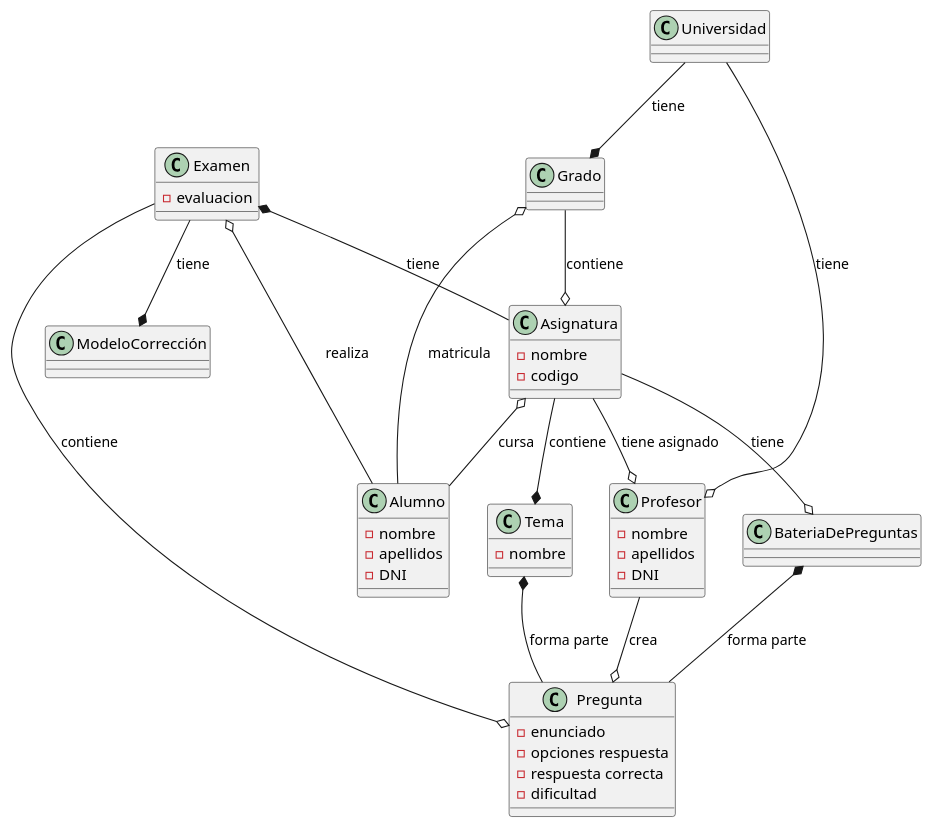
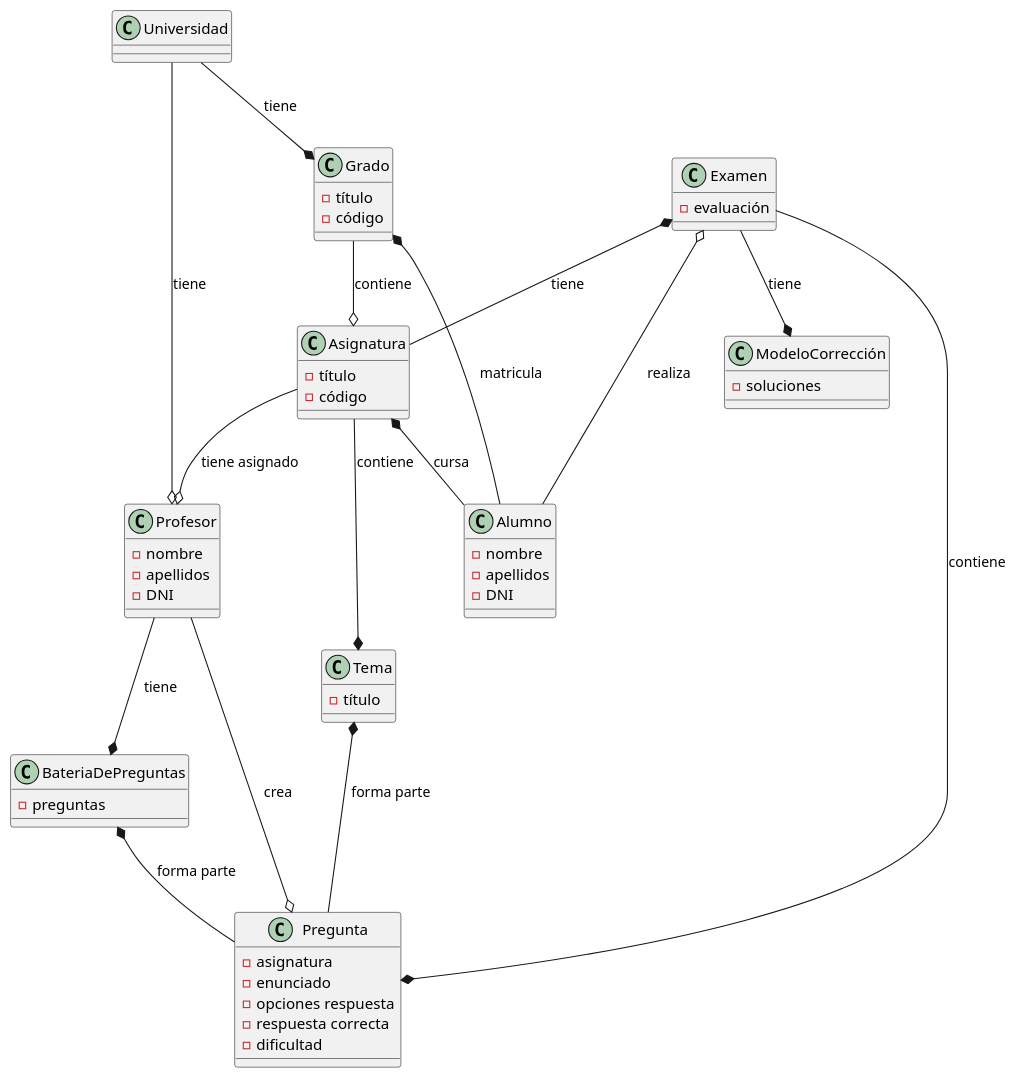
One commit to martinlopez7/25-26-IdSw1-SdR changed the diagram in documents/modelos/diagramas/diagramaEntidad/diagramaEntidad.puml. Above: the diagram before and after it, drawn with PlantUML. The commit also changed 2 other files, not shown here.

Commit message:
fix(mdd): corrige algunas relaciones, actualiza el markdown explicativo y actualiza la imagen del diagrama [refs #16]

```diff
--- a/documents/modelos/diagramas/diagramaEntidad/diagramaEntidad.puml
+++ b/documents/modelos/diagramas/diagramaEntidad/diagramaEntidad.puml
@@ -1,49 +1,57 @@
 @startuml
 
 class Examen{
- - evaluacion
+ - evaluación
 }
 class Asignatura{
- - nombre
- - codigo
+ - título
+ - código
 }
 class Tema{
- - nombre
+ - título
 }
 class Pregunta{
+ - asignatura
  - enunciado
  - opciones respuesta
  - respuesta correcta
  - dificultad
 }
-class BateriaDePreguntas
-class ModeloCorrección
-class Grado
+class BateriaDePreguntas{
+ - preguntas
+}
+class ModeloCorrección{
+ - soluciones
+}
+class Grado{
+ - título
+ - código
+}
 class Universidad
 class Profesor{
  - nombre
  - apellidos
  - DNI
 }
 class Alumno{
  - nombre
  - apellidos
  - DNI
 }
 
 Universidad --* Grado : tiene
 Universidad --o Profesor : tiene
-Grado o-- Alumno : matricula
+Grado *-- Alumno : matricula
 Grado --o Asignatura : contiene
 Asignatura --o Profesor : tiene asignado
-Asignatura o-- Alumno : cursa
+Asignatura *-- Alumno : cursa
 Examen *-- Asignatura : tiene
-Examen --o Pregunta : contiene
+Examen --* Pregunta : contiene
 Asignatura --* Tema : contiene
 Tema *-- Pregunta : forma parte
 Alumno --o Examen : realiza
 BateriaDePreguntas *-- Pregunta : forma parte
 Examen --* ModeloCorrección : tiene
-Asignatura --o BateriaDePreguntas : tiene
+Profesor --* BateriaDePreguntas : tiene
 Profesor --o Pregunta : crea
 @enduml
```
